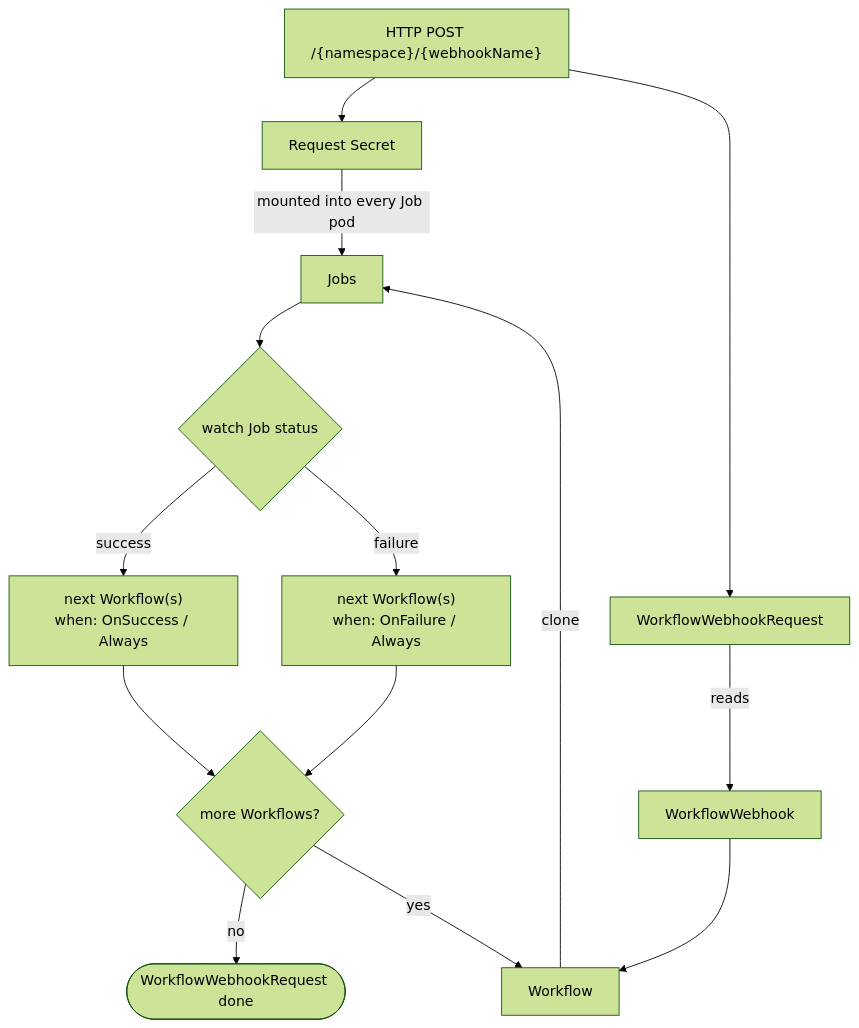
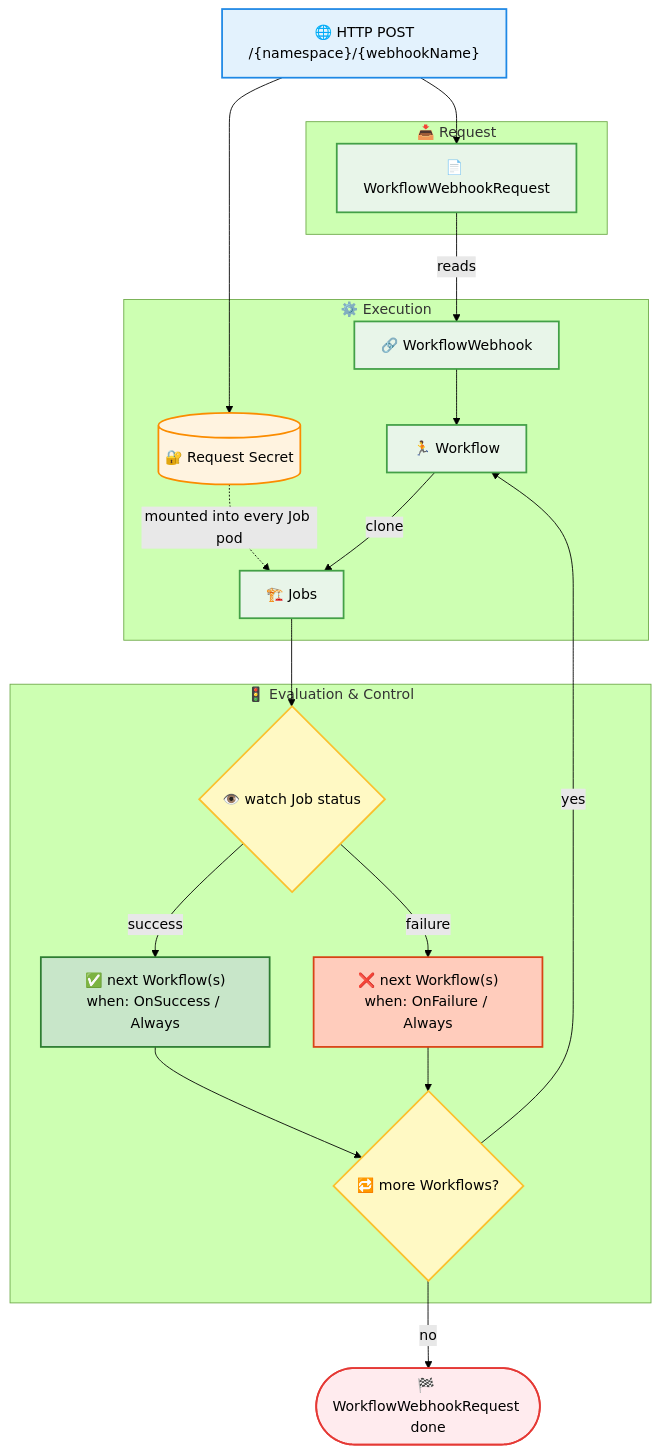
The diagram in README.md (jlsalvador/simple-cicd), drawn with Mermaid (forest theme) before and after one commit. The commit also changed other lines of this file, not shown here.

Commit message:
docs: rework README.md

````diff
--- a/README.md
+++ b/README.md
@@ -168,21 +164,56 @@
 ```mermaid
 flowchart TD
-    A["HTTP POST /{namespace}/{webhookName}"]
-    A --> C[Request Secret]
-    A --> B[WorkflowWebhookRequest]
+    %% Style Definitions
+    classDef trigger fill:#e3f2fd,stroke:#1e88e5,stroke-width:2px,color:#000
+    classDef k8s fill:#e8f5e9,stroke:#43a047,stroke-width:2px,color:#000
+    classDef secret fill:#fff3e0,stroke:#fb8c00,stroke-width:2px,color:#000
+    classDef decision fill:#fff9c4,stroke:#fbc02d,stroke-width:2px,color:#000
+    classDef endState fill:#ffebee,stroke:#e53935,stroke-width:2px,color:#000
+    classDef success fill:#c8e6c9,stroke:#2e7d32,stroke-width:2px,color:#000
+    classDef failure fill:#ffccbc,stroke:#d84315,stroke-width:2px,color:#000
 
-    B -->|reads| D[WorkflowWebhook]
-    D --> E[Workflow]
-    E -->|clone| F[Jobs]
-    C -->|mounted into every Job pod| F
+    A["🌐 HTTP POST<br>/{namespace}/{webhookName}"]:::trigger
 
-    F --> G{watch Job status}
+    subgraph Phase1 ["📥 Request"]
+        B["📄 WorkflowWebhookRequest"]:::k8s
+    end
 
-    G -->|success| H["next Workflow(s)<br>when: OnSuccess / Always"]
-    G -->|failure| I["next Workflow(s)<br>when: OnFailure / Always"]
+    subgraph Phase2 ["⚙️ Execution"]
+        D["🔗 WorkflowWebhook"]:::k8s
+        E["🏃 Workflow"]:::k8s
+        C[("🔐 Request Secret")]:::secret
+        F["🏗️ Jobs"]:::k8s
+    end
 
-    H --> J{more Workflows?}
+    subgraph Phase3 ["🚦 Evaluation & Control"]
+        G{"👁️ watch Job status"}:::decision
+        H["✅ next Workflow(s)<br>when: OnSuccess / Always"]:::success
+        I["❌ next Workflow(s)<br>when: OnFailure / Always"]:::failure
+        J{"🔁 more Workflows?"}:::decision
+    end
+
+    K(["🏁 WorkflowWebhookRequest done"]):::endState
+
+    %% Connections
+    A --> B
+    A --> C
+
+    B -->|reads| D
+    D --> E
+
+    %% Dependency Injection: Secret mounted into Pods
+    C -.->|mounted into every Job pod| F
+
+    E -->|clone| F
+    F --> G
+
+    G -->|success| H
+    G -->|failure| I
+
+    H --> J
     I --> J
-    J -->|no| K([WorkflowWebhookRequest done])
+
+    %% Loops and Termination
+    J -->|no| K
     J -->|yes| E
 ```
````
